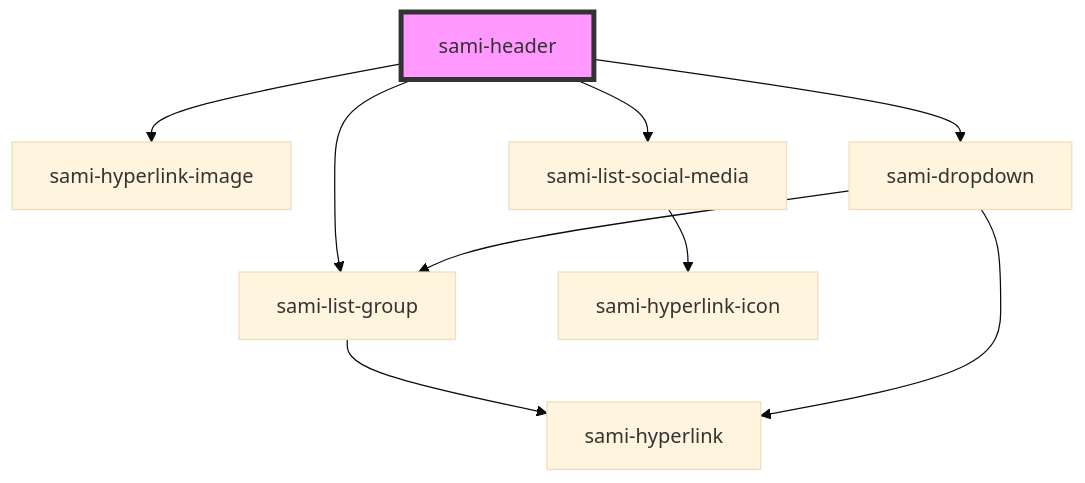
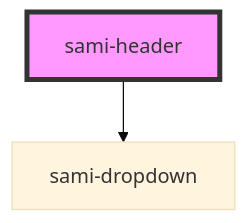
One commit to jersson-arrivasplata-rojas/STENCIL-PROY-V1-COMPONENTS-S2203 changed the diagram in output/components/organims/headers/header/readme.md. Above: the diagram before and after it, drawn with Mermaid (base theme). The commit also changed other lines of this file and 186 other files, not shown here.

````diff
--- a/output/components/organims/headers/header/readme.md
+++ b/output/components/organims/headers/header/readme.md
@@ -56,12 +56,5 @@
 ```mermaid
 graph TD;
-  sami-header --> sami-hyperlink-image
-  sami-header --> sami-list-group
-  sami-header --> sami-list-social-media
   sami-header --> sami-dropdown
-  sami-list-group --> sami-hyperlink
-  sami-list-social-media --> sami-hyperlink-icon
-  sami-dropdown --> sami-hyperlink
-  sami-dropdown --> sami-list-group
   style sami-header fill:#f9f,stroke:#333,stroke-width:4px
 ```
````
